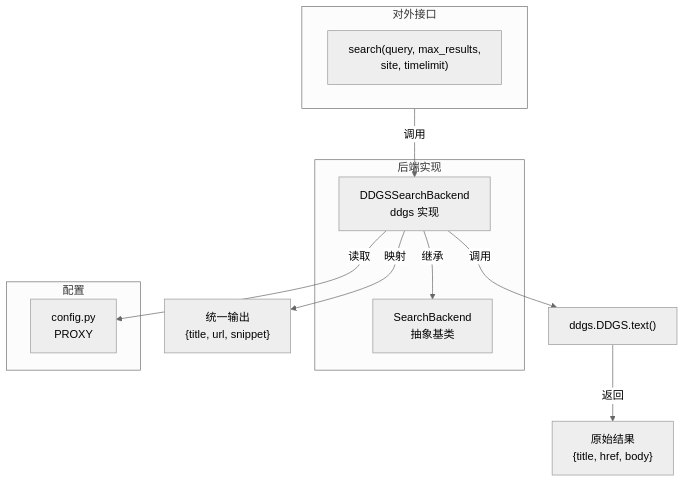
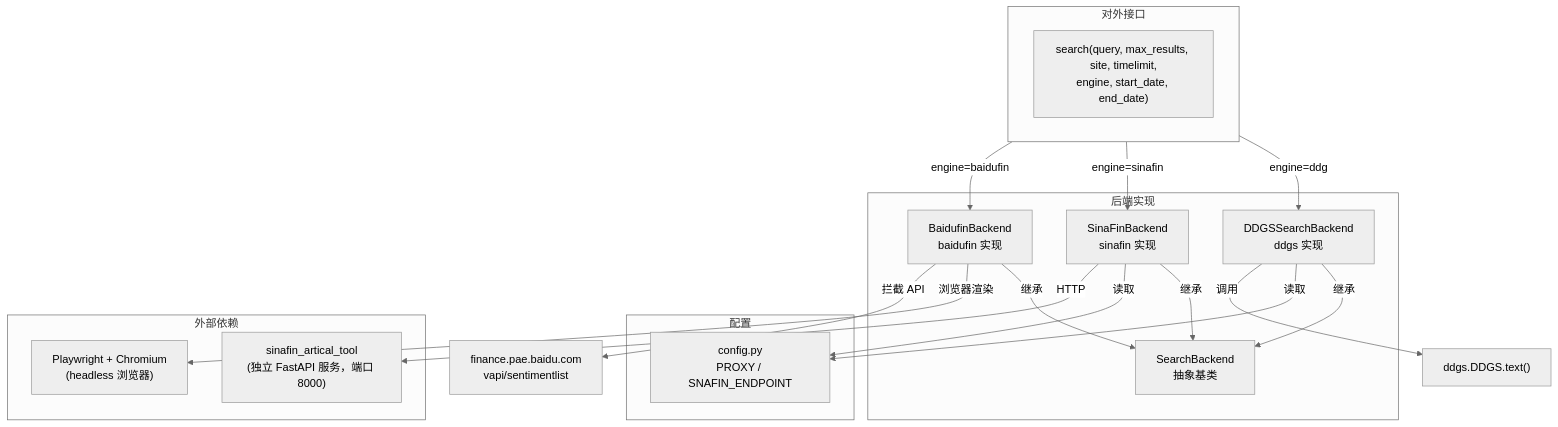
Before and after one commit to ReidZhuang/k-agent_lab: the first of 4 diagrams in experiments/search_engine/intro/code_atlas.md, drawn with Mermaid (neutral theme). The commit also changed other lines of this file and 292 other files, not shown here.

````diff
--- a/experiments/search_engine/intro/code_atlas.md
+++ b/experiments/search_engine/intro/code_atlas.md
@@ -3,22 +5,35 @@
 ```mermaid
 graph TB
   subgraph API["对外接口"]
-    SEARCH["search(query, max_results,<br/>site, timelimit)"]
+    SEARCH["search(query, max_results, site, timelimit,<br/>engine, start_date, end_date)"]
   end
 
   subgraph Backend["后端实现"]
     BASE["SearchBackend<br/>抽象基类"]
     DDGS["DDGSSearchBackend<br/>ddgs 实现"]
+    SINA["SinaFinBackend<br/>sinafin 实现"]
+    BAIDU["BaidufinBackend<br/>baidufin 实现"]
   end
 
   subgraph Cfg["配置"]
-    CFG["config.py<br/>PROXY"]
+    CFG["config.py<br/>PROXY / SNAFIN_ENDPOINT"]
   end
 
-  API -->|调用| DDGS
+  subgraph ExtDep["外部依赖"]
+    SINATOOL["sinafin_artical_tool<br/>(独立 FastAPI 服务，端口 8000)"]
+    PLAYWRIGHT["Playwright + Chromium<br/>(headless 浏览器)"]
+  end
+
+  API -->|engine=ddg| DDGS
+  API -->|engine=sinafin| SINA
+  API -->|engine=baidufin| BAIDU
   DDGS -->|继承| BASE
+  SINA -->|继承| BASE
+  BAIDU -->|继承| BASE
   DDGS -->|读取| CFG
+  SINA -->|读取| CFG
   DDGS -->|调用| DDGS_LIB["ddgs.DDGS.text()"]
-  DDGS_LIB -->|返回| RAW["原始结果<br/>{title, href, body}"]
-  DDGS -->|映射| OUT["统一输出<br/>{title, url, snippet}"]
+  SINA -->|HTTP| SINATOOL
+  BAIDU -->|浏览器渲染| PLAYWRIGHT
+  BAIDU -->|拦截 API| BAIDU_API["finance.pae.baidu.com<br/>vapi/sentimentlist"]
 ```
````
